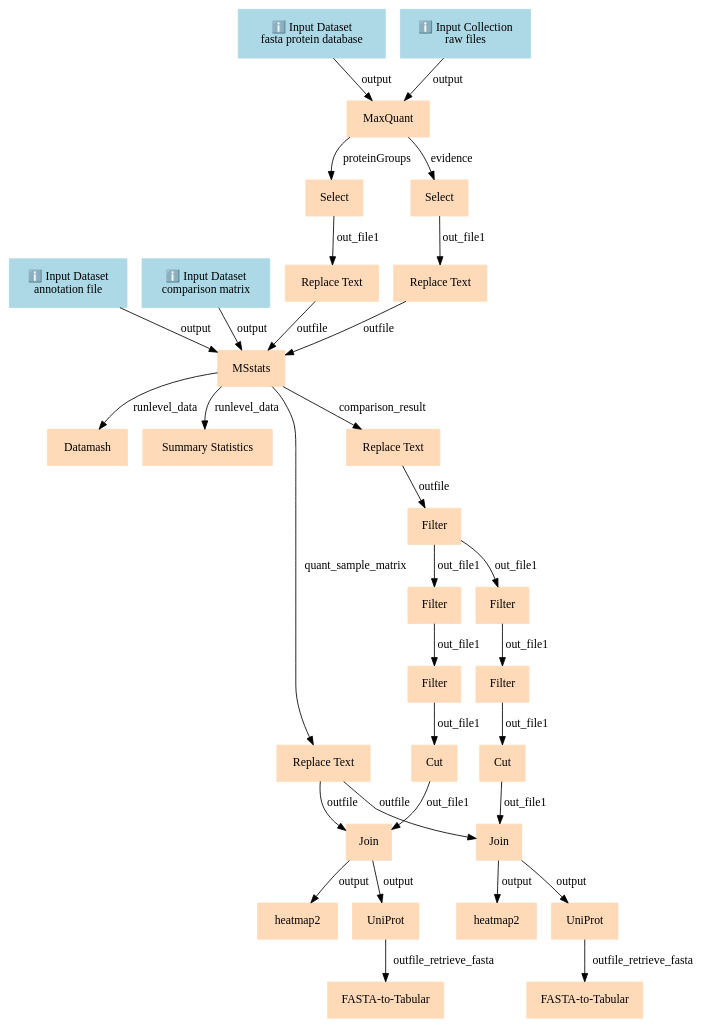
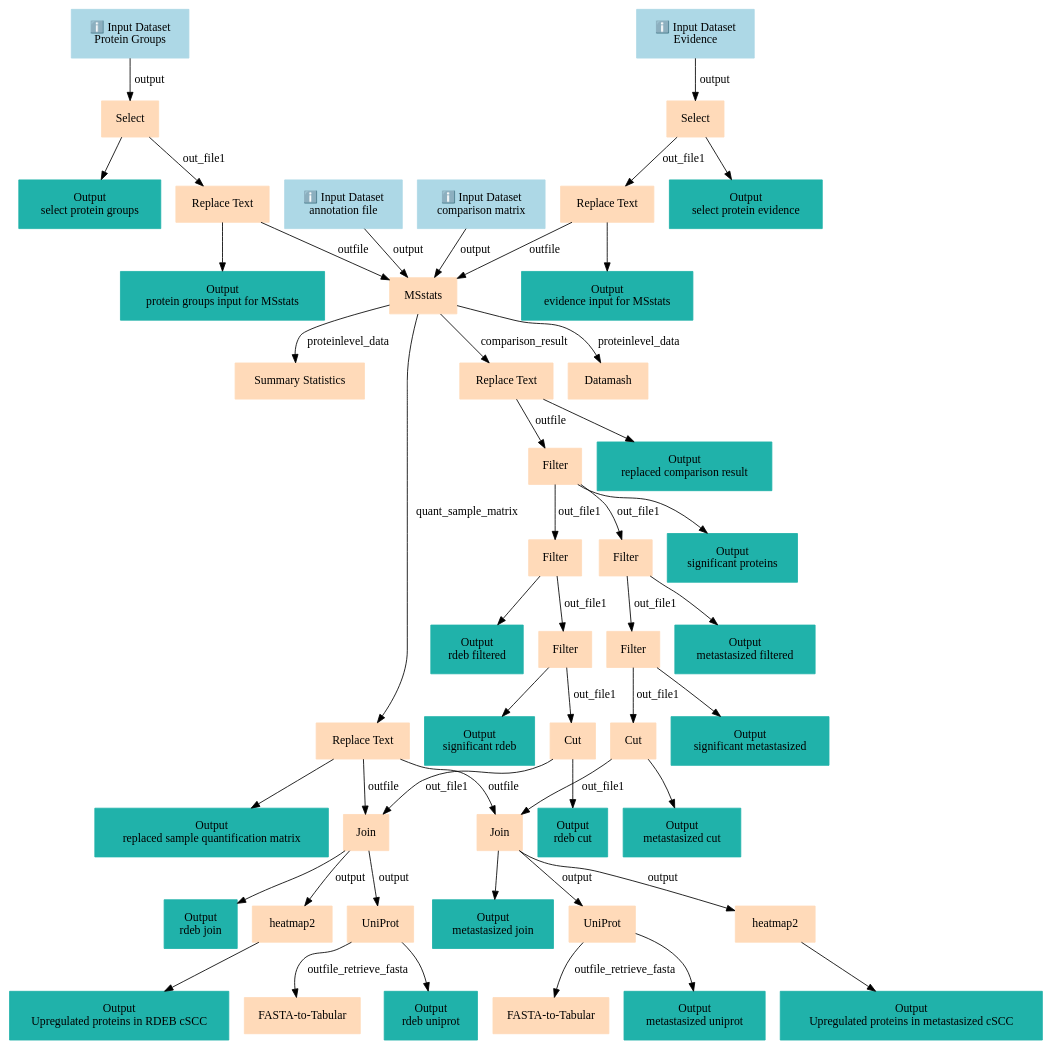
Before and after one commit to galaxyproject/training-material: the diagram in api/workflows/proteomics/maxquant-msstats-dda-lfq/main-workflow/graph.dot, drawn with Graphviz. The commit also changed 9319 other files, not shown here.

```diff
--- a/api/workflows/proteomics/maxquant-msstats-dda-lfq/main-workflow/graph.dot
+++ b/api/workflows/proteomics/maxquant-msstats-dda-lfq/main-workflow/graph.dot
@@ -1,64 +1,99 @@
 digraph main {
   node [fontname="Atkinson Hyperlegible", shape=box, color=white,style=filled,color=peachpuff,margin="0.2,0.2"];
   edge [fontname="Atkinson Hyperlegible"];
-  0[color=lightblue,label="ℹ️ Input Dataset\nannotation file"]
-  1[color=lightblue,label="ℹ️ Input Dataset\ncomparison matrix"]
-  2[color=lightblue,label="ℹ️ Input Dataset\nfasta protein database"]
-  3[color=lightblue,label="ℹ️ Input Collection\nraw files"]
-  4[label="MaxQuant"]
-  2 -> 4 [label="output"]
-  3 -> 4 [label="output"]
+  0[color=lightblue,label="ℹ️ Input Dataset\nProtein Groups"]
+  1[color=lightblue,label="ℹ️ Input Dataset\nEvidence"]
+  2[color=lightblue,label="ℹ️ Input Dataset\nannotation file"]
+  3[color=lightblue,label="ℹ️ Input Dataset\ncomparison matrix"]
+  4[label="Select"]
+  0 -> 4 [label="output"]
+  k58469745c56040829cc42a457386b772[color=lightseagreen,label="Output\nselect protein groups"]
+  4 -> k58469745c56040829cc42a457386b772
   5[label="Select"]
-  4 -> 5 [label="proteinGroups"]
-  6[label="Select"]
-  4 -> 6 [label="evidence"]
+  1 -> 5 [label="output"]
+  kcfff2740c5834e2dbf6d2dc5ecbb69f5[color=lightseagreen,label="Output\nselect protein evidence"]
+  5 -> kcfff2740c5834e2dbf6d2dc5ecbb69f5
+  6[label="Replace Text"]
+  4 -> 6 [label="out_file1"]
+  kaa9633006a114455a0e217cb68483426[color=lightseagreen,label="Output\nprotein groups input for MSstats"]
+  6 -> kaa9633006a114455a0e217cb68483426
   7[label="Replace Text"]
   5 -> 7 [label="out_file1"]
-  8[label="Replace Text"]
-  6 -> 8 [label="out_file1"]
-  9[label="MSstats"]
-  1 -> 9 [label="output"]
-  0 -> 9 [label="output"]
-  8 -> 9 [label="outfile"]
-  7 -> 9 [label="outfile"]
-  10[label="Datamash"]
-  9 -> 10 [label="runlevel_data"]
-  11[label="Summary Statistics"]
-  9 -> 11 [label="runlevel_data"]
-  12[label="Replace Text"]
-  9 -> 12 [label="comparison_result"]
-  13[label="Replace Text"]
-  9 -> 13 [label="quant_sample_matrix"]
+  kb746188c8a934d7893792ed054a136d2[color=lightseagreen,label="Output\nevidence input for MSstats"]
+  7 -> kb746188c8a934d7893792ed054a136d2
+  8[label="MSstats"]
+  3 -> 8 [label="output"]
+  2 -> 8 [label="output"]
+  7 -> 8 [label="outfile"]
+  6 -> 8 [label="outfile"]
+  9[label="Summary Statistics"]
+  8 -> 9 [label="proteinlevel_data"]
+  10[label="Replace Text"]
+  8 -> 10 [label="quant_sample_matrix"]
+  k9dff3f51ec154737ac314af0bbce163e[color=lightseagreen,label="Output\nreplaced sample quantification matrix"]
+  10 -> k9dff3f51ec154737ac314af0bbce163e
+  11[label="Replace Text"]
+  8 -> 11 [label="comparison_result"]
+  kc69337e8a2964b01b439e41d7a397099[color=lightseagreen,label="Output\nreplaced comparison result"]
+  11 -> kc69337e8a2964b01b439e41d7a397099
+  12[label="Datamash"]
+  8 -> 12 [label="proteinlevel_data"]
+  13[label="Filter"]
+  11 -> 13 [label="outfile"]
+  kef56671200574d2e8b66fca422b71031[color=lightseagreen,label="Output\nsignificant proteins"]
+  13 -> kef56671200574d2e8b66fca422b71031
   14[label="Filter"]
-  12 -> 14 [label="outfile"]
+  13 -> 14 [label="out_file1"]
+  k81583c93be464b0a8b8f43f1c700c900[color=lightseagreen,label="Output\nmetastasized filtered"]
+  14 -> k81583c93be464b0a8b8f43f1c700c900
   15[label="Filter"]
-  14 -> 15 [label="out_file1"]
+  13 -> 15 [label="out_file1"]
+  kdfe7380c7b63438184d408f225a165c6[color=lightseagreen,label="Output\nrdeb filtered"]
+  15 -> kdfe7380c7b63438184d408f225a165c6
   16[label="Filter"]
   14 -> 16 [label="out_file1"]
+  ka83ef0a1d7b643b2be66394e6b5af4b0[color=lightseagreen,label="Output\nsignificant metastasized"]
+  16 -> ka83ef0a1d7b643b2be66394e6b5af4b0
   17[label="Filter"]
   15 -> 17 [label="out_file1"]
-  18[label="Filter"]
+  kbbafbb4f7d4a43aa9a47078f5c946ff5[color=lightseagreen,label="Output\nsignificant rdeb"]
+  17 -> kbbafbb4f7d4a43aa9a47078f5c946ff5
+  18[label="Cut"]
   16 -> 18 [label="out_file1"]
+  k4b9eed6a331641e8ad1af6252bca9888[color=lightseagreen,label="Output\nmetastasized cut"]
+  18 -> k4b9eed6a331641e8ad1af6252bca9888
   19[label="Cut"]
   17 -> 19 [label="out_file1"]
-  20[label="Cut"]
+  k4a99a3609afc4358bed1ed3a10aa1310[color=lightseagreen,label="Output\nrdeb cut"]
+  19 -> k4a99a3609afc4358bed1ed3a10aa1310
+  20[label="Join"]
+  10 -> 20 [label="outfile"]
   18 -> 20 [label="out_file1"]
+  kf5759e1757b34ca7b09a172fdcc0aa21[color=lightseagreen,label="Output\nmetastasized join"]
+  20 -> kf5759e1757b34ca7b09a172fdcc0aa21
   21[label="Join"]
-  13 -> 21 [label="outfile"]
+  10 -> 21 [label="outfile"]
   19 -> 21 [label="out_file1"]
-  22[label="Join"]
-  13 -> 22 [label="outfile"]
-  20 -> 22 [label="out_file1"]
+  kf8de348df22c47e9889940e525c51966[color=lightseagreen,label="Output\nrdeb join"]
+  21 -> kf8de348df22c47e9889940e525c51966
+  22[label="UniProt"]
+  20 -> 22 [label="output"]
+  k0a40e03477104a02995098baa4b4a7cf[color=lightseagreen,label="Output\nmetastasized uniprot"]
+  22 -> k0a40e03477104a02995098baa4b4a7cf
   23[label="heatmap2"]
-  21 -> 23 [label="output"]
-  24[label="UniProt"]
+  20 -> 23 [label="output"]
+  k02709f6cfffe416ea76dff03c1eb5bc4[color=lightseagreen,label="Output\nUpregulated proteins in metastasized cSCC"]
+  23 -> k02709f6cfffe416ea76dff03c1eb5bc4
+  24[label="heatmap2"]
   21 -> 24 [label="output"]
-  25[label="heatmap2"]
-  22 -> 25 [label="output"]
-  26[label="UniProt"]
-  22 -> 26 [label="output"]
+  k690b708f52d64cafb20f2a464fbd798e[color=lightseagreen,label="Output\nUpregulated proteins in RDEB cSCC"]
+  24 -> k690b708f52d64cafb20f2a464fbd798e
+  25[label="UniProt"]
+  21 -> 25 [label="output"]
+  k33419abf0efa4a288cabd28f645ea2c3[color=lightseagreen,label="Output\nrdeb uniprot"]
+  25 -> k33419abf0efa4a288cabd28f645ea2c3
+  26[label="FASTA-to-Tabular"]
+  22 -> 26 [label="outfile_retrieve_fasta"]
   27[label="FASTA-to-Tabular"]
-  24 -> 27 [label="outfile_retrieve_fasta"]
-  28[label="FASTA-to-Tabular"]
-  26 -> 28 [label="outfile_retrieve_fasta"]
+  25 -> 27 [label="outfile_retrieve_fasta"]
 }
```
